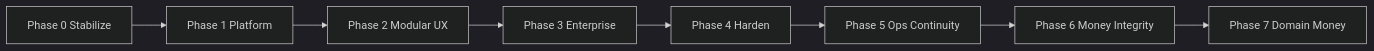
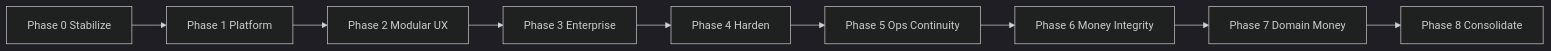
Before and after one commit to rheymarbayeta/PAMS: the diagram in IMPLEMENTATION_ROADMAP.md, drawn with Mermaid (dark theme). The commit also changed other lines of this file and 14 other files, not shown here.

Commit message:
feat: implement Phase 8 features including consolidation and security enhancements for portal/RBAC, pagination for APIs, and OTP lockout mechanisms, while updating the implementation roadmap and refactoring backend routes for improved access control and performance

````diff
--- a/IMPLEMENTATION_ROADMAP.md
+++ b/IMPLEMENTATION_ROADMAP.md
@@ -409,12 +442,13 @@
 ```mermaid
 flowchart LR
   P0[Phase 0 Stabilize]
   P1[Phase 1 Platform]
   P2[Phase 2 Modular UX]
   P3[Phase 3 Enterprise]
   P4[Phase 4 Harden]
   P5[Phase 5 Ops Continuity]
   P6[Phase 6 Money Integrity]
   P7[Phase 7 Domain Money]
-  P0 --> P1 --> P2 --> P3 --> P4 --> P5 --> P6 --> P7
+  P8[Phase 8 Consolidate]
+  P0 --> P1 --> P2 --> P3 --> P4 --> P5 --> P6 --> P7 --> P8
 ```
````
